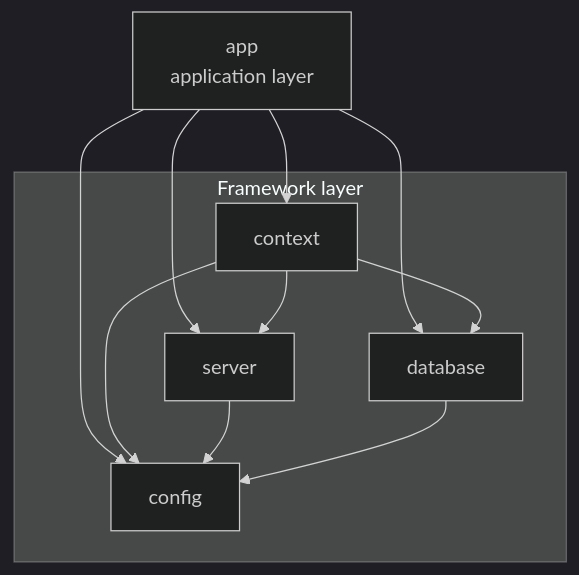
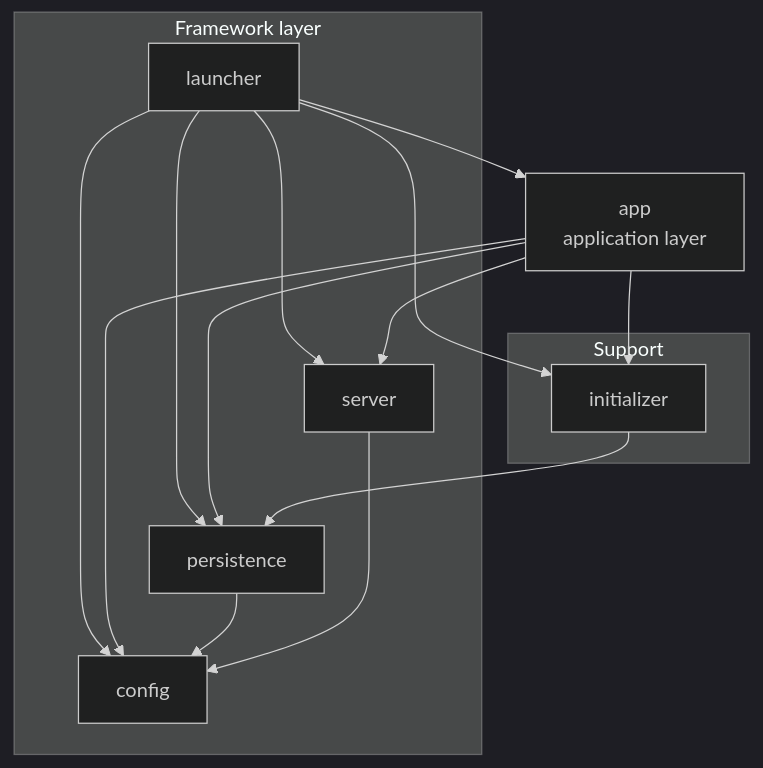
The diagram in README.md (Onix322/fleet-management), drawn with Mermaid (dark theme) before and after one commit. The commit also changed other lines of this file and 2 other files, not shown here.

First line of the commit message:
docs: document persistence, launcher and initializer split

````diff
--- a/README.md
+++ b/README.md
@@ -63,20 +64,30 @@
 ```mermaid
 graph TD
     subgraph Framework["Framework layer"]
         Config[config]
-        Database[database]
+        Persistence[persistence]
         Server[server]
-        Context[context]
+        Launcher[launcher]
     end
 
-    App[app<br/>application layer] --> Context
-    App --> Database
+    subgraph Support["Support"]
+        Initializer[initializer]
+    end
+
+    App[app<br/>application layer]
+
+    Launcher --> App
+    Launcher --> Server
+    Launcher --> Persistence
+    Launcher --> Initializer
+    Launcher --> Config
+
+    App --> Persistence
     App --> Server
+    App --> Initializer
     App --> Config
 
-    Context --> Database
-    Context --> Server
-    Context --> Config
+    Initializer --> Persistence
+    Persistence --> Config
     Server --> Config
-    Database --> Config
 ```
````
